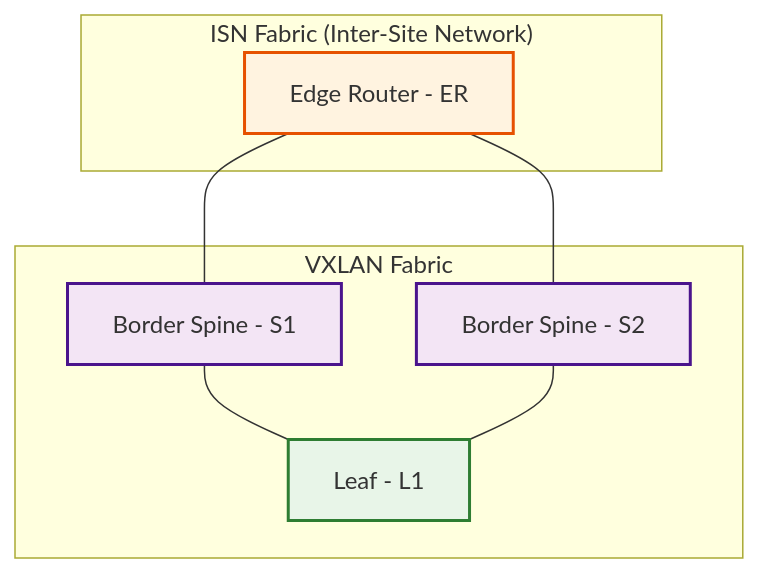
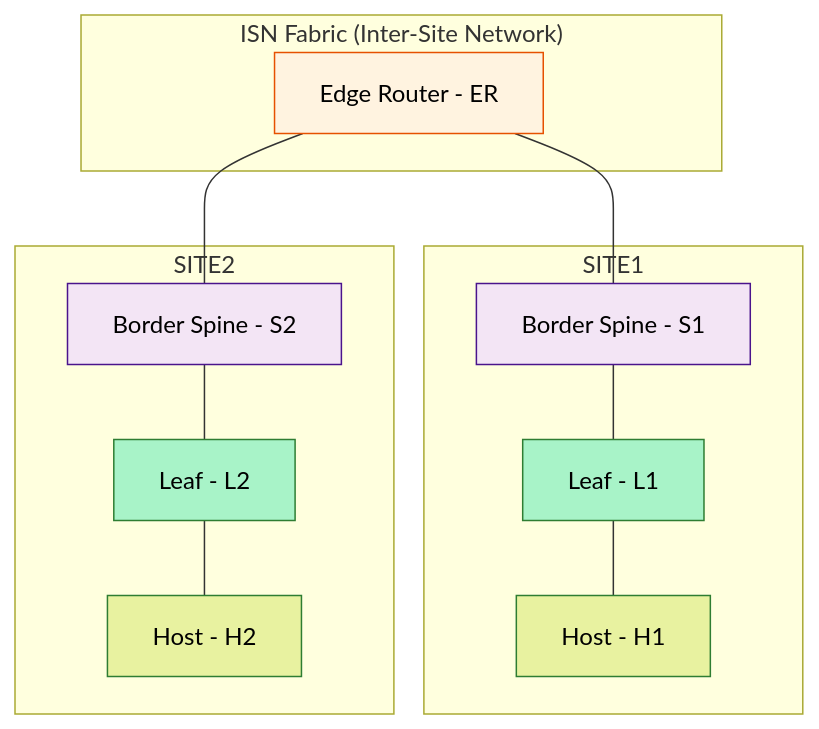
One commit to allenrobel/n9kv-kvm changed the second of 2 diagrams in README.md. Above: the diagram before and after it, drawn with Mermaid. The commit also changed other lines of this file and 1 other file, not shown here.

Commit message:
Test external mermaid diagram

````diff
--- a/README.md
+++ b/README.md
@@ -204,30 +208,43 @@
 ```mermaid
 graph TB
     subgraph ISN["ISN Fabric (Inter-Site Network)"]
         ER[Edge Router - ER]
     end
 
-    subgraph VXLAN["VXLAN Fabric"]
+    subgraph SITE1["SITE1"]
         S1[Border Spine - S1]
+        L1[Leaf - L1]
+        H1[Host - H1]
+        
+        %% SITE1 fabric connections
+        S1 --- L1
+        L1 --- H1
+    end
+
+    subgraph SITE2["SITE2"]
         S2[Border Spine - S2]
-        L1[Leaf - L1]
+        L2[Leaf - L2]
+        H2[Host - H2]
         
-        %% VXLAN fabric connections
-        S1 --- L1
-        S2 --- L1
+        %% SITE2 fabric connections
+        S2 --- L2
+        L2 --- H2
     end
 
     %% Inter-fabric connection
     ER --- S1
     ER --- S2
 
     %% Styling
     classDef fabricBox fill:#e1f5fe,stroke:#01579b,stroke-width:2px
-    classDef edgeRouter fill:#fff3e0,stroke:#e65100,stroke-width:2px
-    classDef borderSpine fill:#f3e5f5,stroke:#4a148c,stroke-width:2px
-    classDef leaf fill:#e8f5e8,stroke:#2e7d32,stroke-width:2px
+    classDef edgeRouter fill:#fff3e0,stroke:#e65100,stroke-width:1px,color:#000000
+    classDef borderSpine fill:#f3e5f5,stroke:#4a148c,stroke-width:1px,color:#000000
+    classDef leaf fill:#a8f3c8,stroke:#2e7d32,stroke-width:1px,color:#000000
+    classDef host fill:#e8f2a0,stroke:#2e7d32,stroke-width:1px,color:#000000
 
     class ER edgeRouter
     class S1,S2 borderSpine
-    class L1 leaf
+    class L1,L2 leaf
+    class H1,H2 host
+        
 ```
````
